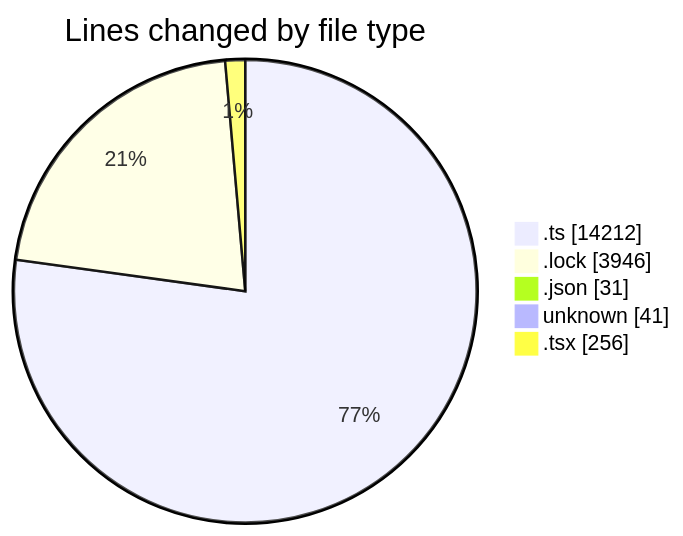
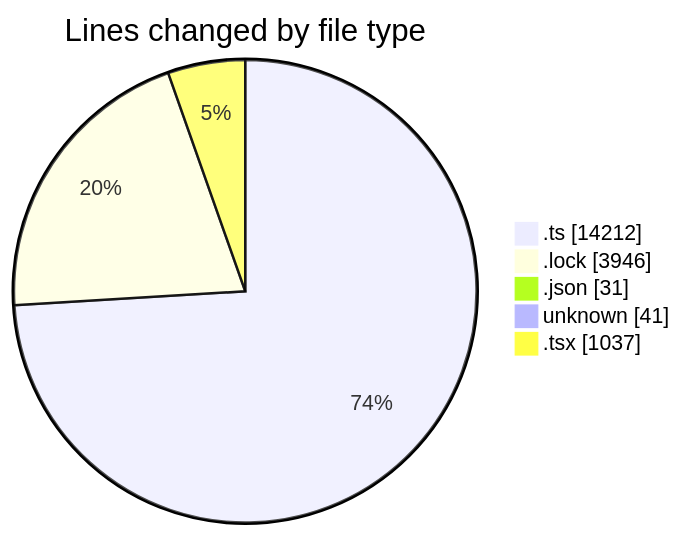
Before and after one commit to momahboobian/code-tracking: the first of 2 diagrams in 2025-08-19/cda/README.md, drawn with Mermaid. The commit also changed other lines of this file and 1 other file, not shown here.

````diff
--- a/2025-08-19/cda/README.md
+++ b/2025-08-19/cda/README.md
@@ -32,9 +33,9 @@
 ```mermaid
 pie showData
 title Lines changed by file type
 ".ts" : 14212
 ".lock" : 3946
 ".json" : 31
 "unknown" : 41
-".tsx" : 256
+".tsx" : 1037
 ```
````
